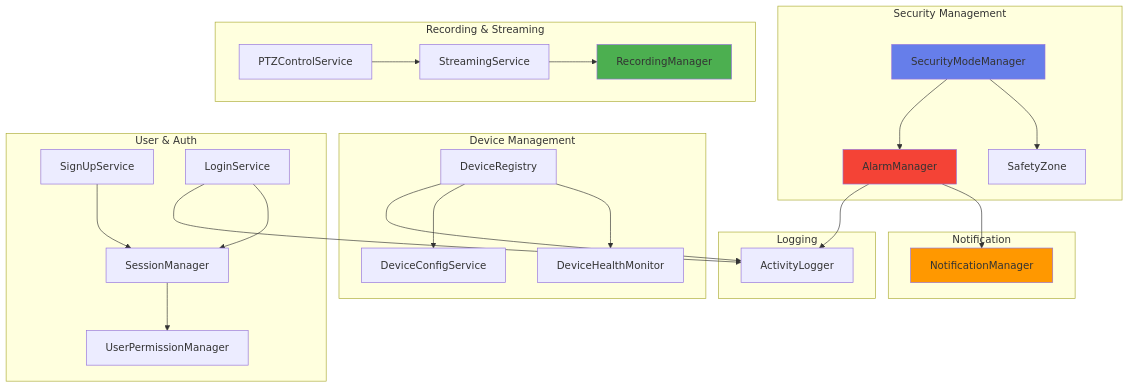
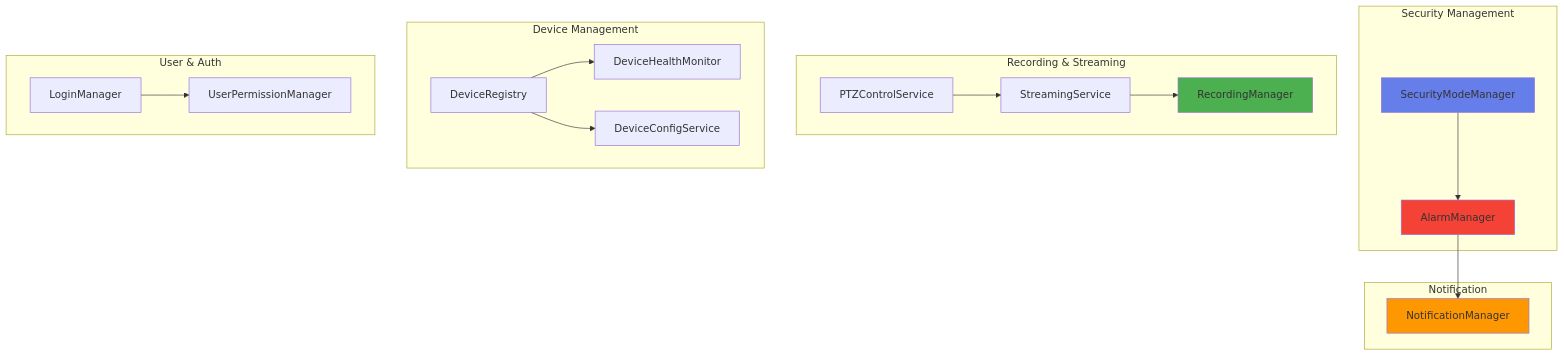
The first of 13 diagrams in diagrams/business_class_diagram.md (mj010101/swe_25f), drawn with Mermaid before and after one commit. The commit also changed other lines of this file and 4 other files, not shown here.

````diff
--- a/diagrams/business_class_diagram.md
+++ b/diagrams/business_class_diagram.md
@@ -34,58 +29,44 @@
 ```mermaid
 graph TB
     subgraph "Security Management"
         SMM[SecurityModeManager]
-        SZ[SafetyZone]
         AM[AlarmManager]
     end
 
     subgraph "Recording & Streaming"
         RM[RecordingManager]
         SS[StreamingService]
         PTZ[PTZControlService]
     end
 
     subgraph "Device Management"
         DR[DeviceRegistry]
         DHM[DeviceHealthMonitor]
         DCS[DeviceConfigService]
     end
 
     subgraph "Notification"
         NM[NotificationManager]
     end
 
     subgraph "User & Auth"
-        SUS[SignUpService]
-        LS[LoginService]
-        SM[SessionManager]
+        LM[LoginManager]
         UPM[UserPermissionManager]
     end
 
-    subgraph "Logging"
-        AL[ActivityLogger]
-    end
-
-    SMM --> SZ
     SMM --> AM
     AM --> NM
 
     SS --> RM
     PTZ --> SS
 
     DR --> DHM
     DR --> DCS
 
-    LS --> SM
-    SUS --> SM
-    SM --> UPM
-
-    AM --> AL
-    DR --> AL
-    LS --> AL
+    LM --> UPM
 
     style SMM fill:#667eea
     style AM fill:#F44336
     style RM fill:#4CAF50
     style NM fill:#FF9800
 ```
````
